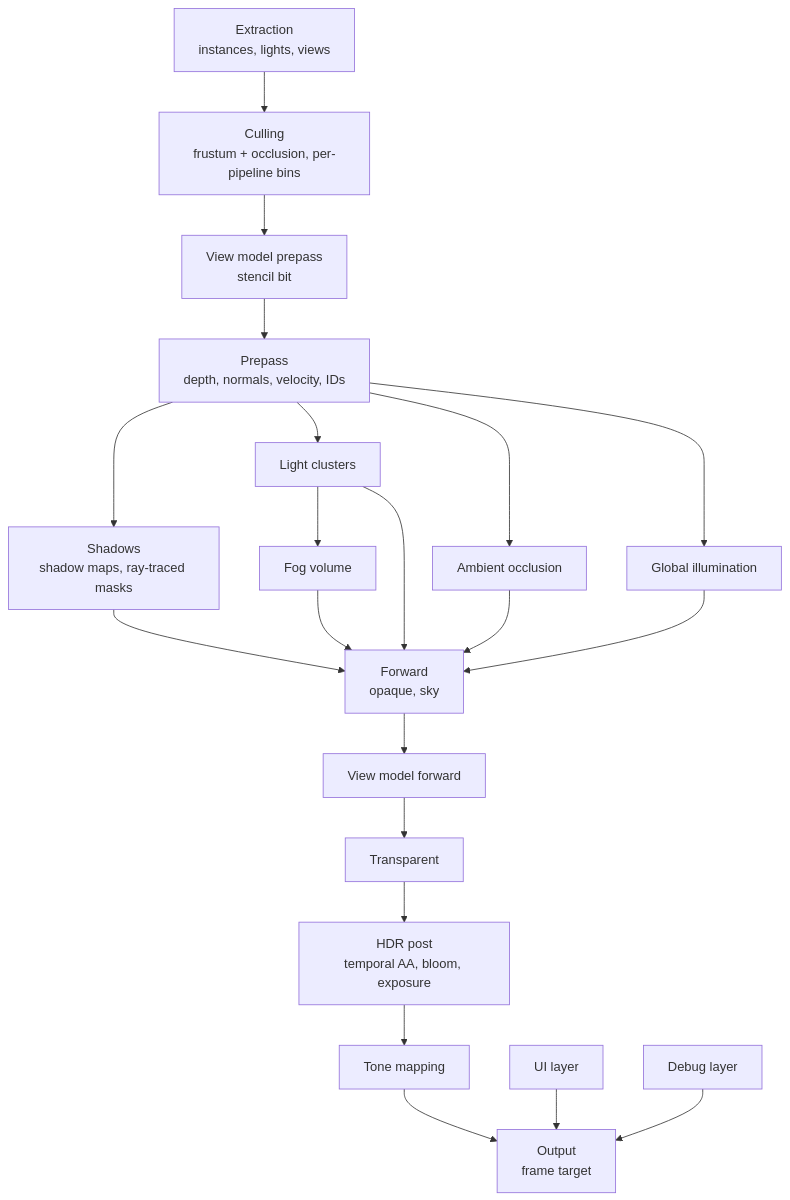
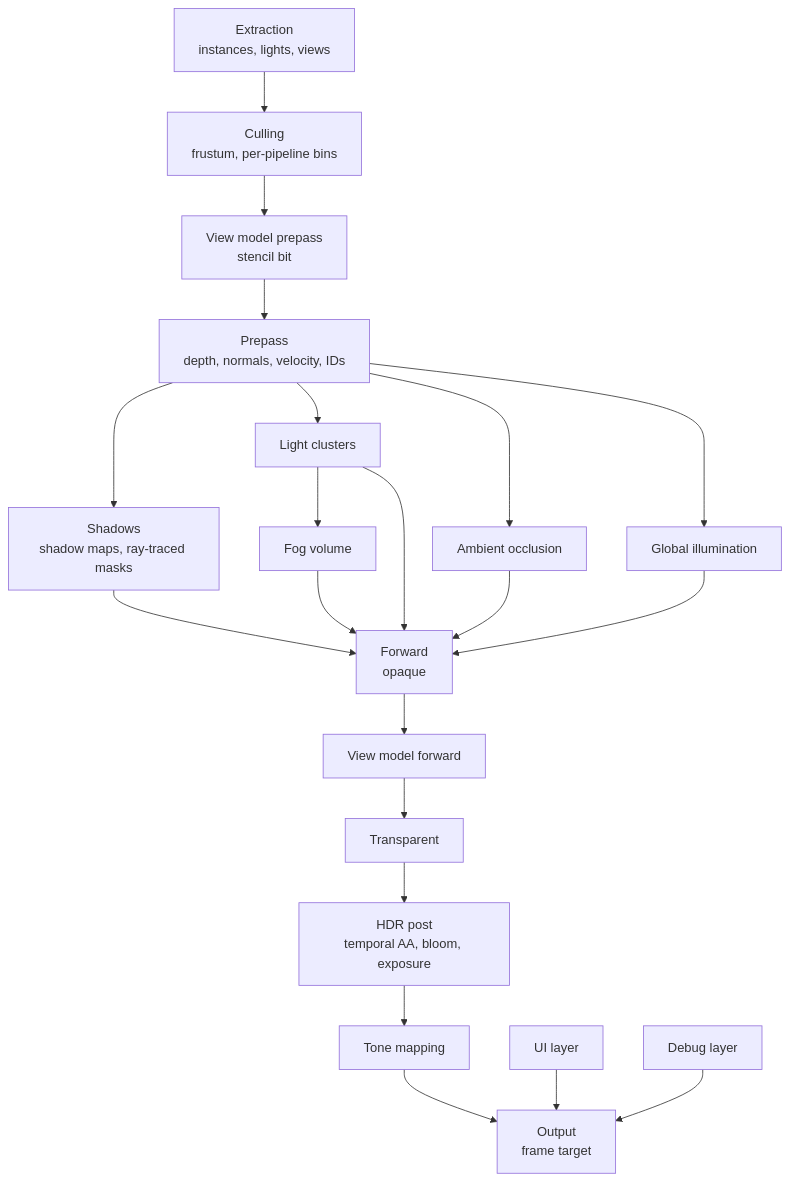
One commit to aszecsei/cinnabar changed the diagram in docs/rendering/frame.md. Above: the diagram before and after it, drawn with Mermaid. The commit also changed other lines of this file and 64 other files, not shown here.

````diff
--- a/docs/rendering/frame.md
+++ b/docs/rendering/frame.md
@@ -5,28 +5,28 @@
 ```mermaid
 flowchart TB
     EXTRACT["Extraction<br/>instances, lights, views"]
-    CULL["Culling<br/>frustum + occlusion, per-pipeline bins"]
+    CULL["Culling<br/>frustum, per-pipeline bins"]
     PRE["Prepass<br/>depth, normals, velocity, IDs"]
     VMPRE["View model prepass<br/>stencil bit"]
     SHADOW["Shadows<br/>shadow maps, ray-traced masks"]
     CLUSTER["Light clusters"]
     AO["Ambient occlusion"]
     GI["Global illumination"]
     FOG["Fog volume"]
-    FWD["Forward<br/>opaque, sky"]
+    FWD["Forward<br/>opaque"]
     VMFWD["View model forward"]
     TRANS["Transparent"]
     POST["HDR post<br/>temporal AA, bloom, exposure"]
     TONE["Tone mapping"]
     UI["UI layer"]
     DEBUG["Debug layer"]
     OUT["Output<br/>frame target"]
 
     EXTRACT --> CULL --> VMPRE --> PRE
     PRE --> SHADOW & CLUSTER & AO & GI
     CLUSTER --> FOG
     SHADOW & CLUSTER & AO & GI & FOG --> FWD
     FWD --> VMFWD --> TRANS --> POST --> TONE --> OUT
     UI --> OUT
     DEBUG --> OUT
 ```
````
